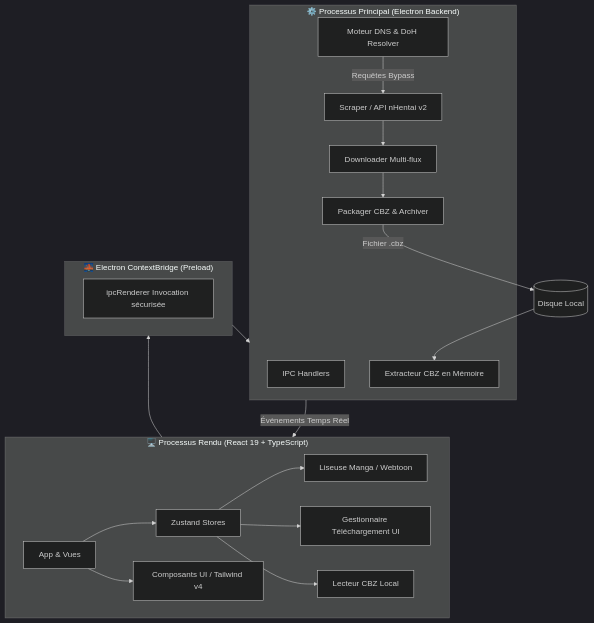
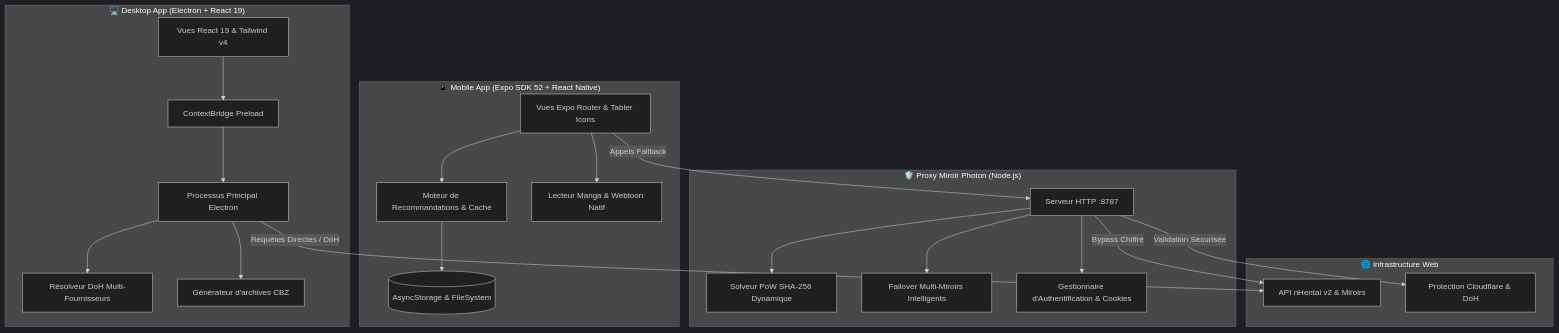
One commit to itsnazzym/yomu-reader changed the diagram in README.md. Above: the diagram before and after it, drawn with Mermaid (dark theme). The commit also changed other lines of this file and 145 other files, not shown here.

First line of the commit message:
feat: expand mobile app, official API v2, and marketing site

````diff
--- a/README.md
+++ b/README.md
@@ -125,32 +128,31 @@
 ```mermaid
 flowchart TB
-    subgraph UI ["🖥️ Processus Rendu (React 19 + TypeScript)"]
-        A[App & Vues] --> B[Zustand Stores]
-        A --> C[Composants UI / Tailwind v4]
-        B --> D[Liseuse Manga / Webtoon]
-        B --> E[Gestionnaire Téléchargement UI]
-        B --> F[Lecteur CBZ Local]
+    subgraph DesktopApp ["🖥️ Desktop App (Electron + React 19)"]
+        UI_D[Vues React 19 & Tailwind v4] --> IPC_Bridge[ContextBridge Preload]
+        IPC_Bridge --> Electron_Core[Processus Principal Electron]
+        Electron_Core --> DoH_Resolver[Résolveur DoH Multi-Fournisseurs]
+        Electron_Core --> CBZ_Archiver[Générateur d'archives CBZ]
     end
 
-    subgraph Bridge ["🌉 Electron ContextBridge (Preload)"]
-        G[ipcRenderer Invocation sécurisée]
+    subgraph MobileApp ["📱 Mobile App (Expo SDK 52 + React Native)"]
+        UI_M[Vues Expo Router & Tabler Icons] --> Engine_M[Moteur de Recommandations & Cache]
+        UI_M --> Reader_M[Lecteur Manga & Webtoon Natif]
+        Engine_M --> Mobile_Storage[(AsyncStorage & FileSystem)]
     end
 
-    subgraph Core ["⚙️ Processus Principal (Electron Backend)"]
-        H[IPC Handlers]
-        I[Moteur DNS & DoH Resolver]
-        J[Scraper / API nHentai v2]
-        K[Downloader Multi-flux]
-        L[Packager CBZ & Archiver]
-        M[Extracteur CBZ en Mémoire]
+    subgraph ProxyService ["🛡️ Proxy Miroir Photon (Node.js)"]
+        Proxy_HTTP[Serveur HTTP :8787] --> PoW_Solver[Solveur PoW SHA-256 Dynamique]
+        Proxy_HTTP --> Failover[Failover Multi-Miroirs Intelligents]
+        Proxy_HTTP --> Auth_Handler[Gestionnaire d'Authentification & Cookies]
     end
 
-    UI --> Bridge
-    Bridge --> Core
-    Core -->|Événements Temps Réel| UI
-    I -->|Requêtes Bypass| J
-    J --> K
-    K --> L
-    L -->|Fichier .cbz| Storage[(Disque Local)]
-    Storage --> M
+    subgraph RemoteServer ["🌐 Infrastructure Web"]
+        nHentai_API["API nHentai v2 & Miroirs"]
+        Cloudflare_Security["Protection Cloudflare & DoH"]
+    end
+
+    Electron_Core -->|Requêtes Directes / DoH| nHentai_API
+    UI_M -->|Appels Fallback| Proxy_HTTP
+    Proxy_HTTP -->|Bypass Chiffré| nHentai_API
+    Proxy_HTTP -->|Validation Sécurisée| Cloudflare_Security
 ```
````
